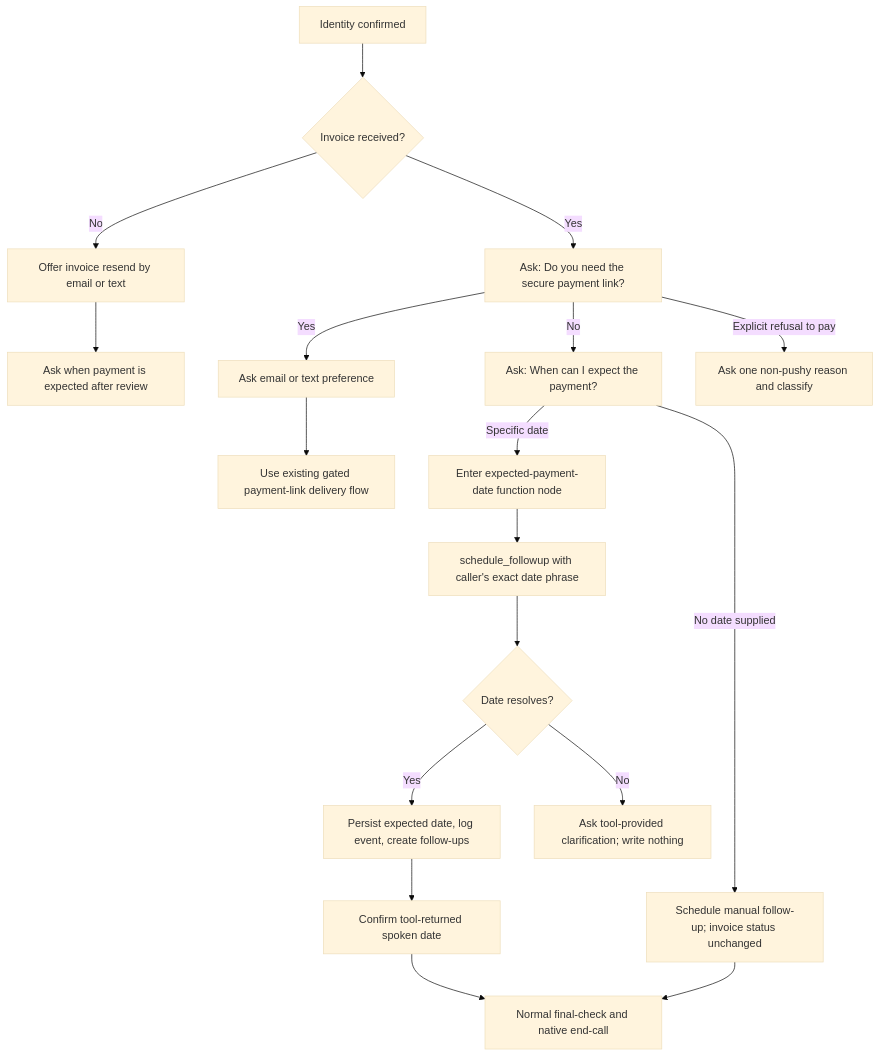
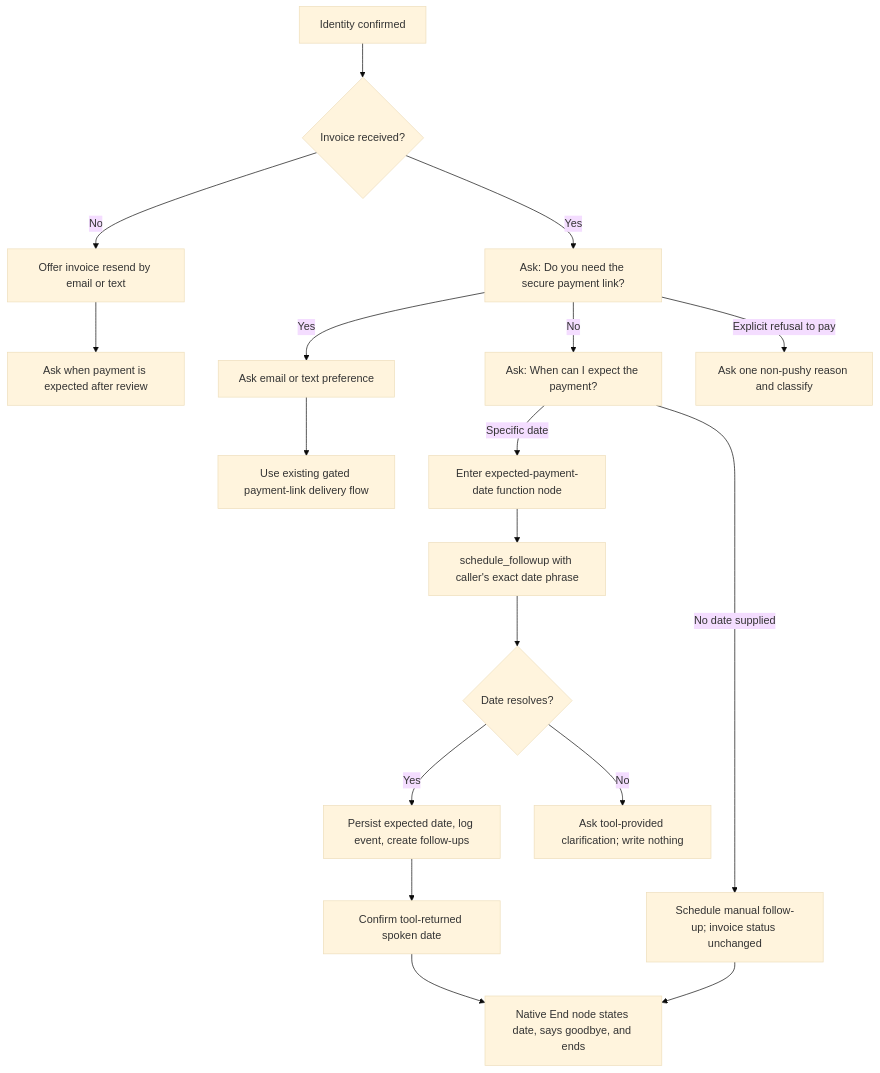
The diagram in RETELL_INSPECTION_FLOW_LOGIC_MAP.md (rizefr/RetellDemo), drawn with Mermaid (base theme) before and after one commit. The commit also changed other lines of this file and 5 other files, not shown here.

Commit message:
Close expected payment dates with native end node

````diff
--- a/RETELL_INSPECTION_FLOW_LOGIC_MAP.md
+++ b/RETELL_INSPECTION_FLOW_LOGIC_MAP.md
@@ -71,20 +71,20 @@
 ```mermaid
 flowchart TD
   A["Identity confirmed"] --> B{"Invoice received?"}
   B -->|No| C["Offer invoice resend by email or text"]
   C --> D["Ask when payment is expected after review"]
   B -->|Yes| E["Ask: Do you need the secure payment link?"]
   E -->|Yes| F["Ask email or text preference"]
   F --> G["Use existing gated payment-link delivery flow"]
   E -->|No| H["Ask: When can I expect the payment?"]
   H -->|Specific date| I["Enter expected-payment-date function node"]
   I --> Q["schedule_followup with caller's exact date phrase"]
   Q --> J{"Date resolves?"}
   J -->|Yes| K["Persist expected date, log event, create follow-ups"]
   J -->|No| L["Ask tool-provided clarification; write nothing"]
   H -->|No date supplied| M["Schedule manual follow-up; invoice status unchanged"]
   K --> N["Confirm tool-returned spoken date"]
-  N --> O["Normal final-check and native end-call"]
+  N --> O["Native End node states date, says goodbye, and ends"]
   M --> O
   E -->|Explicit refusal to pay| P["Ask one non-pushy reason and classify"]
 ```
````
